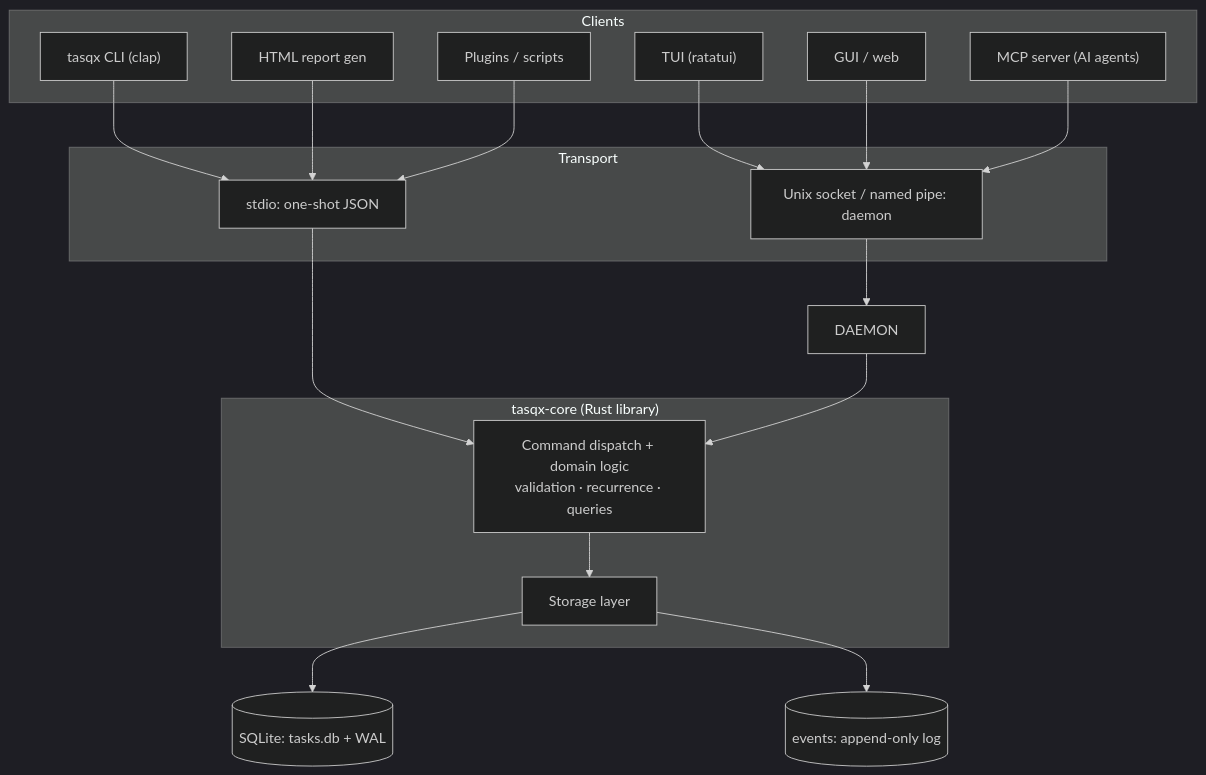
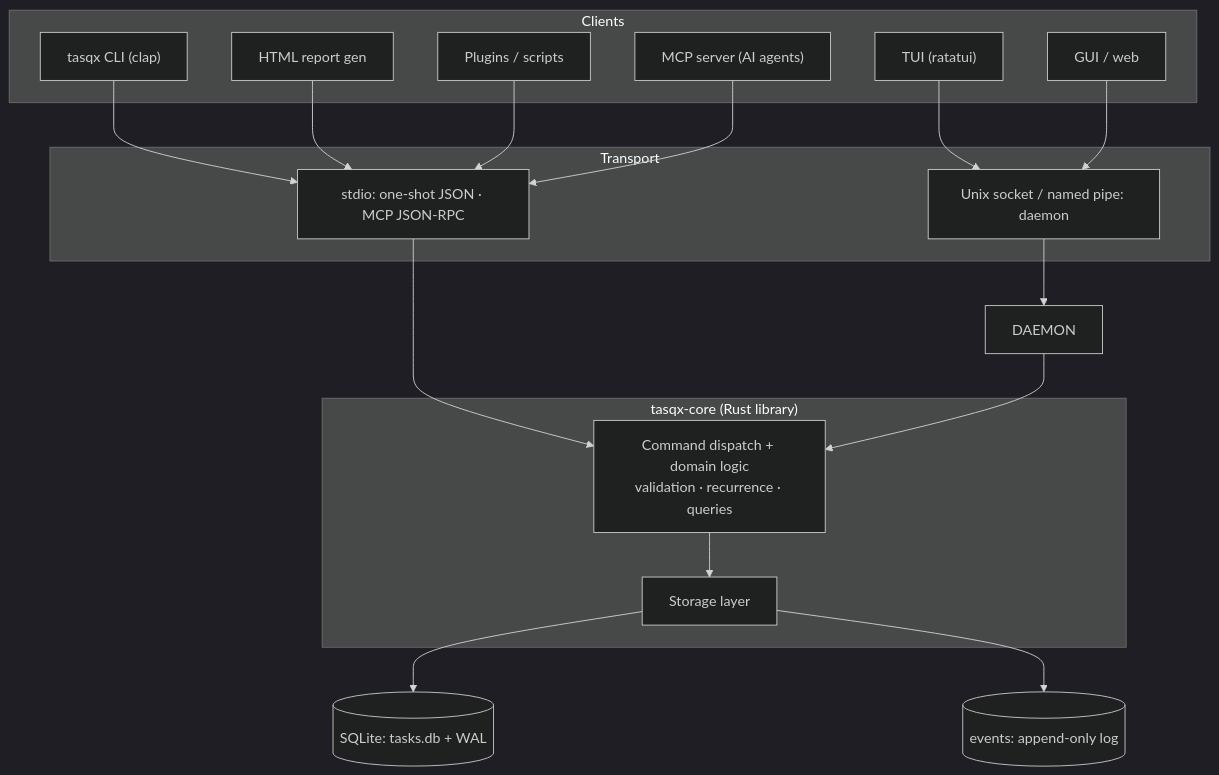
Before and after one commit to dimitritholen/tasqx: the first of 3 diagrams in DESIGN.md, drawn with Mermaid (dark theme). The commit also changed other lines of this file and 3 other files, not shown here.

````diff
--- a/DESIGN.md
+++ b/DESIGN.md
@@ -27,36 +27,36 @@
 ```mermaid
 graph TD
     subgraph Clients
         CLI["tasqx CLI (clap)"]
         TUI["TUI (ratatui)"]
         GUI["GUI / web"]
         MCP["MCP server (AI agents)"]
         PLG["Plugins / scripts"]
         RPT["HTML report gen"]
     end
 
     subgraph Transport
-        STDIO["stdio: one-shot JSON"]
+        STDIO["stdio: one-shot JSON · MCP JSON-RPC"]
         SOCK["Unix socket / named pipe: daemon"]
     end
 
     CLI --> STDIO
     RPT --> STDIO
     PLG --> STDIO
+    MCP --> STDIO
     TUI --> SOCK
     GUI --> SOCK
-    MCP --> SOCK
 
     STDIO --> CORE
     SOCK --> DAEMON
     DAEMON --> CORE
 
     subgraph Engine["tasqx-core (Rust library)"]
         CORE["Command dispatch + domain logic<br/>validation · recurrence · queries"]
         STORE["Storage layer"]
     end
 
     CORE --> STORE
     STORE --> DB[("SQLite: tasks.db + WAL")]
     STORE --> LOG[("events: append-only log")]
 ```
````
